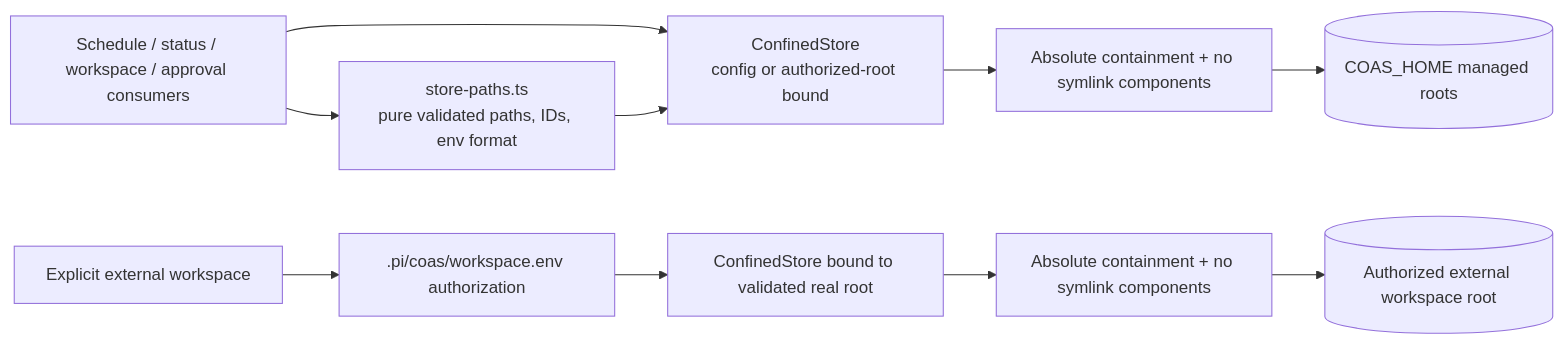
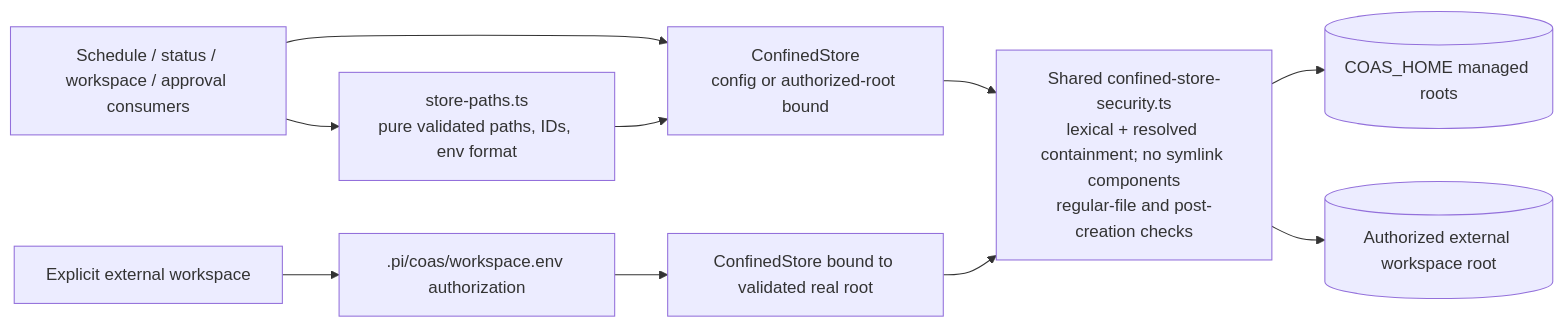
Before and after one commit to tS7hKamAYL84j91/pi-tools-and-skills: diagram 28 of 33 in docs/architecture.md, drawn with Mermaid. The commit also changed other lines of this file and 11 other files, not shown here.

````diff
--- a/docs/architecture.md
+++ b/docs/architecture.md
@@ -858,12 +858,12 @@
 ```mermaid
 flowchart LR
   Consumers[Schedule / status / workspace / approval consumers] --> Paths[store-paths.ts\npure validated paths, IDs, env format]
   Consumers --> Store[ConfinedStore\nconfig or authorized-root bound]
   Paths --> Store
-  Store --> Guard[Absolute containment + no symlink components]
+  Store --> Guard[Shared confined-store-security.ts\nlexical + resolved containment; no symlink components\nregular-file and post-creation checks]
   Guard --> Home[(COAS_HOME managed roots)]
   External[Explicit external workspace] --> Metadata[.pi/coas/workspace.env authorization]
   Metadata --> ExternalStore[ConfinedStore bound to validated real root]
-  ExternalStore --> ExternalGuard[Absolute containment + no symlink components]
-  ExternalGuard --> ExternalRoot[(Authorized external workspace root)]
+  ExternalStore --> Guard
+  Guard --> ExternalRoot[(Authorized external workspace root)]
 ```
````
